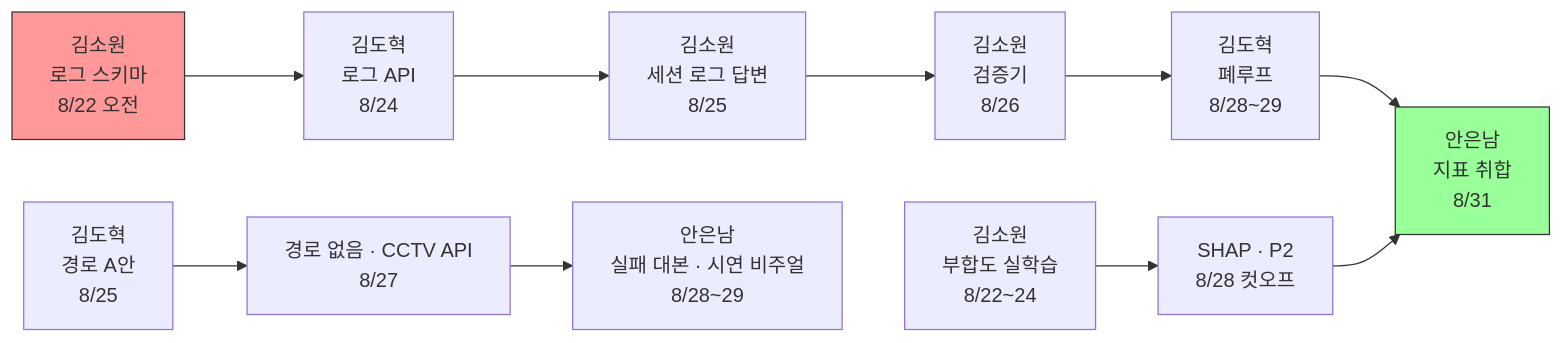
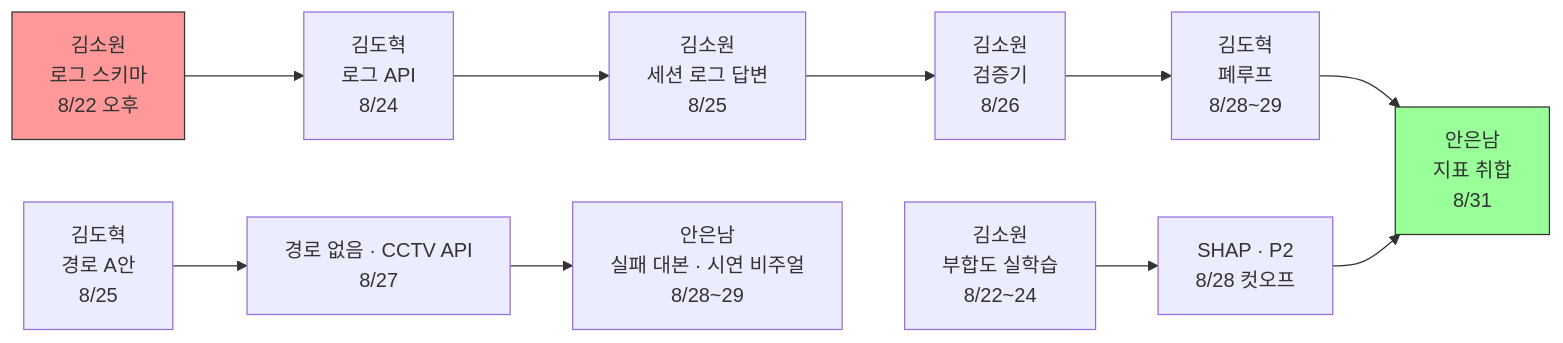
The diagram in docs/역할_일정/00-overall.md (team-savers/savers-project), drawn with Mermaid before and after one commit. The commit also changed other lines of this file and 6 other files, not shown here.

````diff
--- a/docs/역할_일정/00-overall.md
+++ b/docs/역할_일정/00-overall.md
@@ -140,17 +157,17 @@
 ```mermaid
 flowchart LR
-    S["김소원<br/>로그 스키마<br/>8/22 오전"] --> A1["김도혁<br/>로그 API<br/>8/24"]
+    S["김소원<br/>로그 스키마<br/>8/22 오후"] --> A1["김도혁<br/>로그 API<br/>8/24"]
     A1 --> A2["김소원<br/>세션 로그 답변<br/>8/25"]
     A2 --> A3["김소원<br/>검증기<br/>8/26"]
     A3 --> A4["김도혁<br/>폐루프<br/>8/28~29"]
     A4 --> A5["안은남<br/>지표 취합<br/>8/31"]
 
     B1["김소원<br/>부합도 실학습<br/>8/22~24"] --> B2["SHAP · P2<br/>8/28 컷오프"]
     B2 --> A5
 
     C1["김도혁<br/>경로 A안<br/>8/25"] --> C3["경로 없음 · CCTV API<br/>8/27"]
     C3 --> C4["안은남<br/>실패 대본 · 시연 비주얼<br/>8/28~29"]
 
     style S fill:#f99,stroke:#333
     style A5 fill:#9f9,stroke:#333
 ```
````
